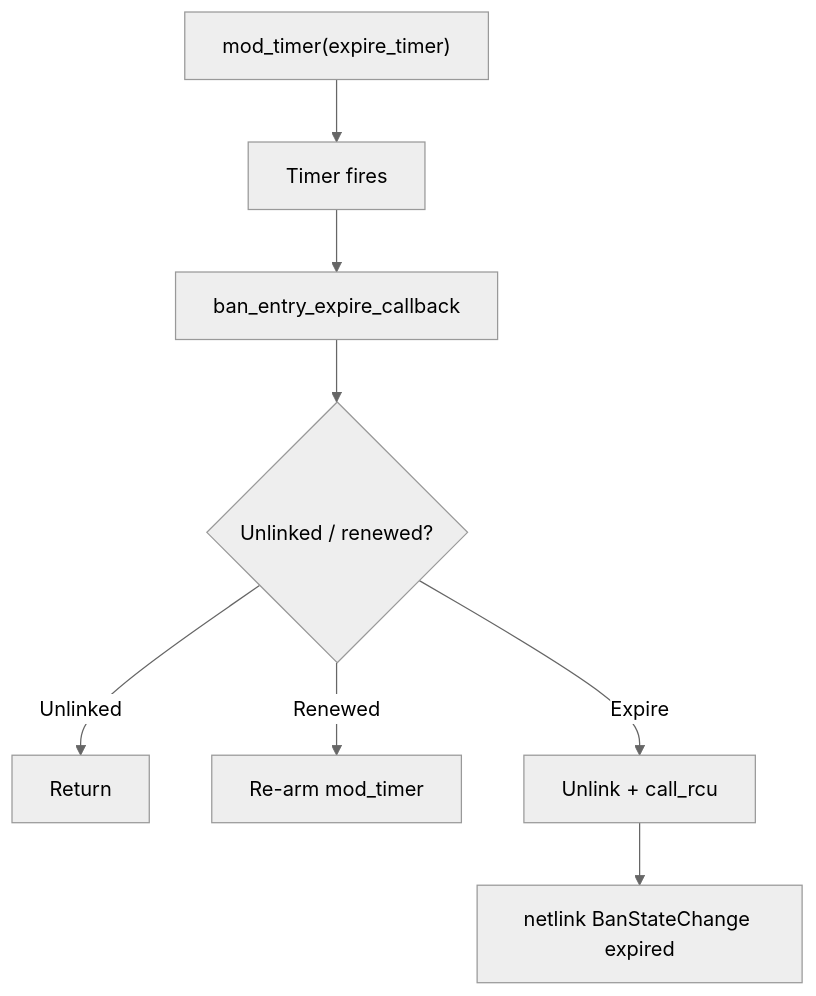
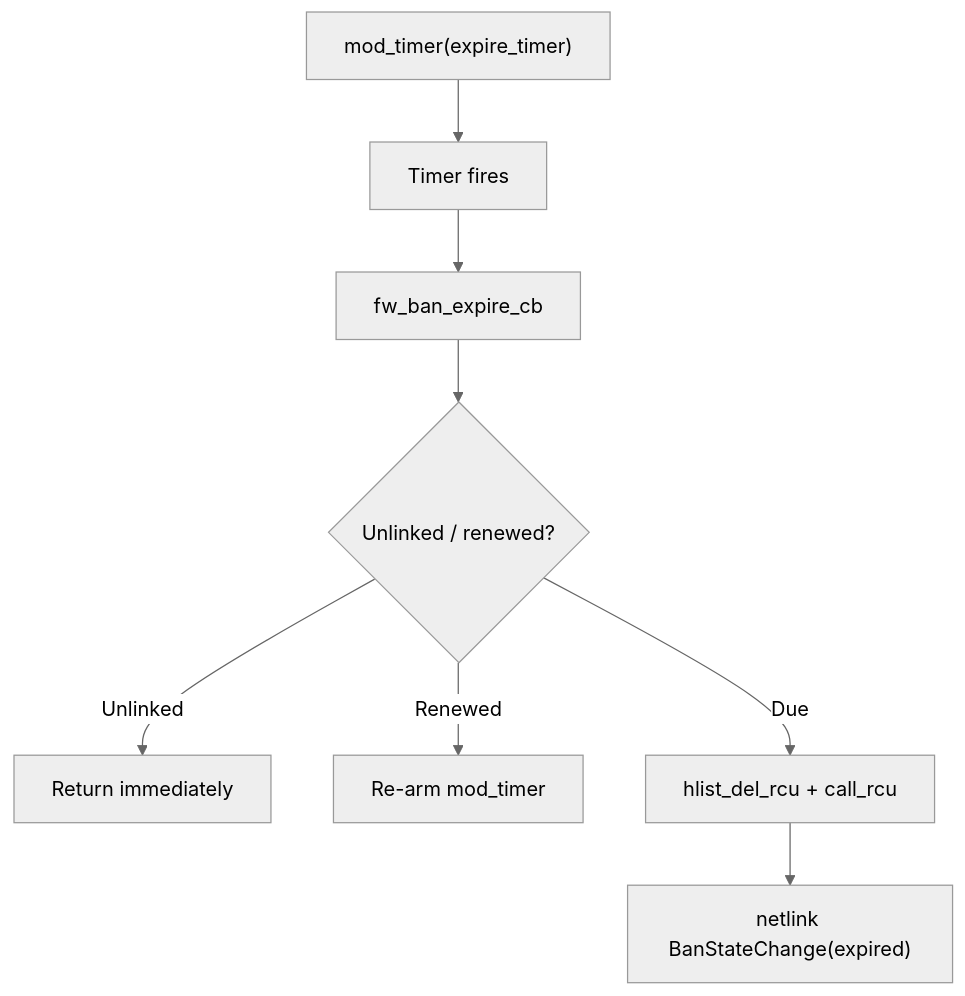
One commit to SnowCore8/linux-firewall-kmod changed the second of 4 diagrams in docs/en/architecture/kernel-module.md. Above: the diagram before and after it, drawn with Mermaid (neutral theme). The commit also changed other lines of this file and 5 other files, not shown here.

First line of the commit message:
docs(kmod): rewrite the kernel module architecture doc for the Phase 1 design

````diff
--- a/docs/en/architecture/kernel-module.md
+++ b/docs/en/architecture/kernel-module.md
@@ -209,10 +382,10 @@
 ```mermaid
 graph TB
     A["mod_timer(expire_timer)"] --> B["Timer fires"]
-    B --> C["ban_entry_expire_callback"]
+    B --> C["fw_ban_expire_cb"]
     C --> D{"Unlinked / renewed?"}
-    D -->|Unlinked| E["Return"]
+    D -->|Unlinked| E["Return immediately"]
     D -->|Renewed| F["Re-arm mod_timer"]
-    D -->|Expire| G["Unlink + call_rcu"]
-    G --> H["netlink BanStateChange expired"]
+    D -->|Due| G["hlist_del_rcu + call_rcu"]
+    G --> H["netlink BanStateChange(expired)"]
 ```
````
